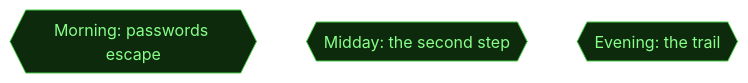
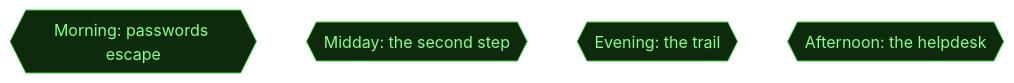
Before and after one commit to cliffe/BreakEscape: the second of 5 diagrams in scenarios/demo_ops_second_step/dungeon_graph.md, drawn with Mermaid. The commit also changed other lines of this file and 12 other files, not shown here.

````diff
--- a/scenarios/demo_ops_second_step/dungeon_graph.md
+++ b/scenarios/demo_ops_second_step/dungeon_graph.md
@@ -146,25 +170,26 @@
 ```mermaid
 flowchart TD
 
   classDef room      fill:#0f2d2d,stroke:#22ddcc,color:#a0ffee
   classDef lock      fill:#2d0f0f,stroke:#e66060,color:#ffa0a0
   classDef key       fill:#2d0812,stroke:#e66060,color:#ffa0a0
   classDef item      fill:#2d1200,stroke:#e89030,color:#ffcc80
   classDef gate      fill:#111,stroke:#666,color:#eee
   classDef vm        fill:#0c1f40,stroke:#4a90d9,color:#a0c8ff
   classDef flag      fill:#1a0c2d,stroke:#9060d0,color:#cc99ff
   classDef action    fill:#1a1200,stroke:#cc9922,color:#ffee88
   classDef aim       fill:#0d2a0d,stroke:#44cc44,color:#88ff88
   classDef aim_gate  fill:#111111,stroke:#44cc44,color:#44cc44
   classDef container fill:#1a2d1a,stroke:#60b060,color:#a0e0a0
   classDef npc       fill:#2d1f0d,stroke:#d0a050,color:#ffe0a0
   classDef critical  fill:#2a1500,stroke:#ffaa00,color:#ffdd88
   classDef start     fill:#003322,stroke:#00ffaa,color:#00ffaa
 
   aim_morning{{"Morning: passwords escape"}}
   aim_midday{{"Midday: the second step"}}
   aim_evening{{"Evening: the trail"}}
+  aim_afternoon_helpdesk{{"Afternoon: the helpdesk"}}
 
 
-  class aim_morning,aim_midday,aim_evening aim
+  class aim_morning,aim_midday,aim_evening,aim_afternoon_helpdesk aim
 ```
````
